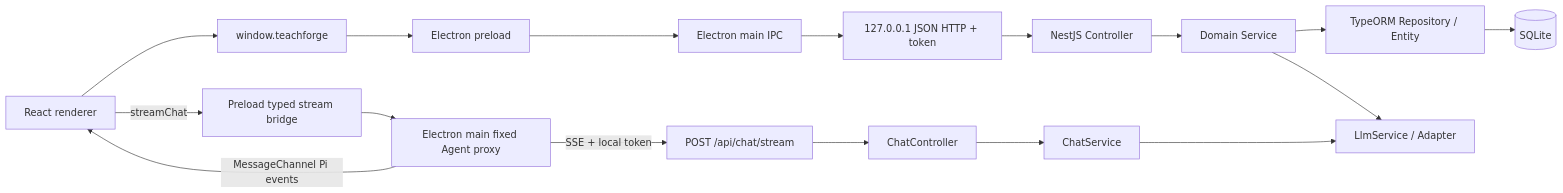
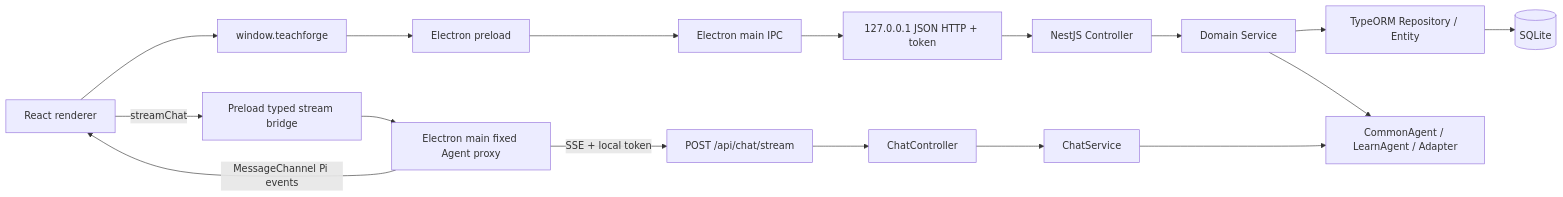
The diagram in docs/current/platform/architecture-and-code-placement.md (yuchentime/tech-forge), drawn with Mermaid before and after one commit. The commit also changed other lines of this file and 36 other files, not shown here.

First line of the commit message:
重构模型调用：拆分 CommonAgent 与 LearnAgent

````diff
--- a/docs/current/platform/architecture-and-code-placement.md
+++ b/docs/current/platform/architecture-and-code-placement.md
@@ -43,19 +44,19 @@
 ```mermaid
 flowchart LR
   UI[React renderer] --> Bridge[window.teachforge]
   Bridge --> Preload[Electron preload]
   Preload --> IPC[Electron main IPC]
   IPC --> HTTP[127.0.0.1 JSON HTTP + token]
   HTTP --> Nest[NestJS Controller]
   Nest --> Service[Domain Service]
   Service --> ORM[TypeORM Repository / Entity]
   ORM --> DB[(SQLite)]
-  Service --> LLM[LlmService / Adapter]
+  Service --> LLM[CommonAgent / LearnAgent / Adapter]
   UI -->|streamChat| StreamBridge[Preload typed stream bridge]
   StreamBridge --> MainStream[Electron main fixed Agent proxy]
   MainStream -->|SSE + local token| AgentHTTP[POST /api/chat/stream]
   AgentHTTP --> ChatController[ChatController]
   ChatController --> ChatService[ChatService]
   ChatService --> LLM
   MainStream -->|MessageChannel Pi events| UI
 ```
````
